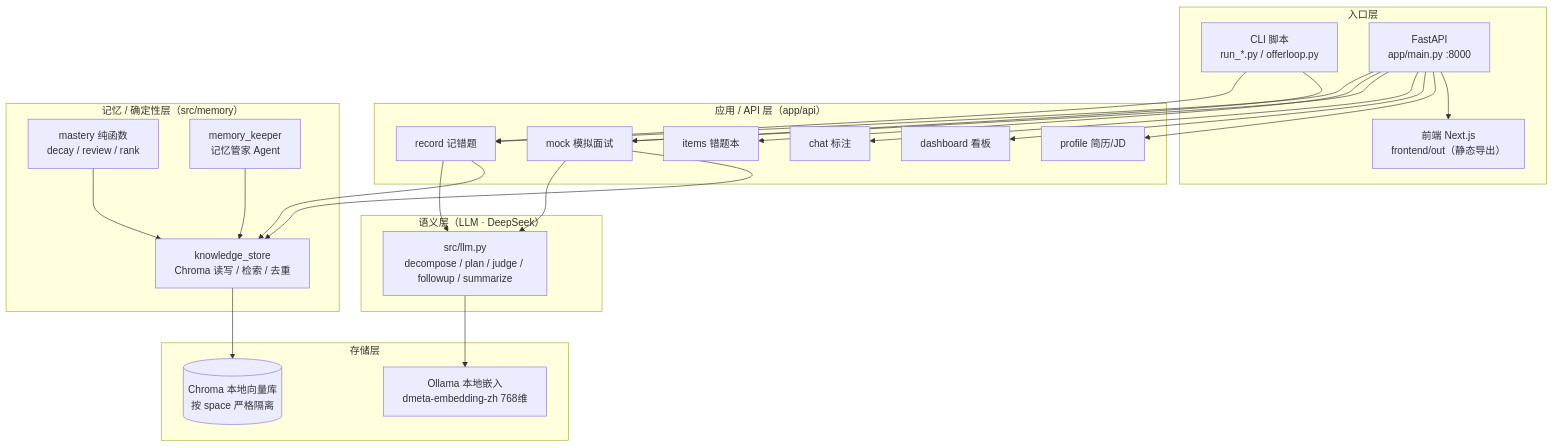
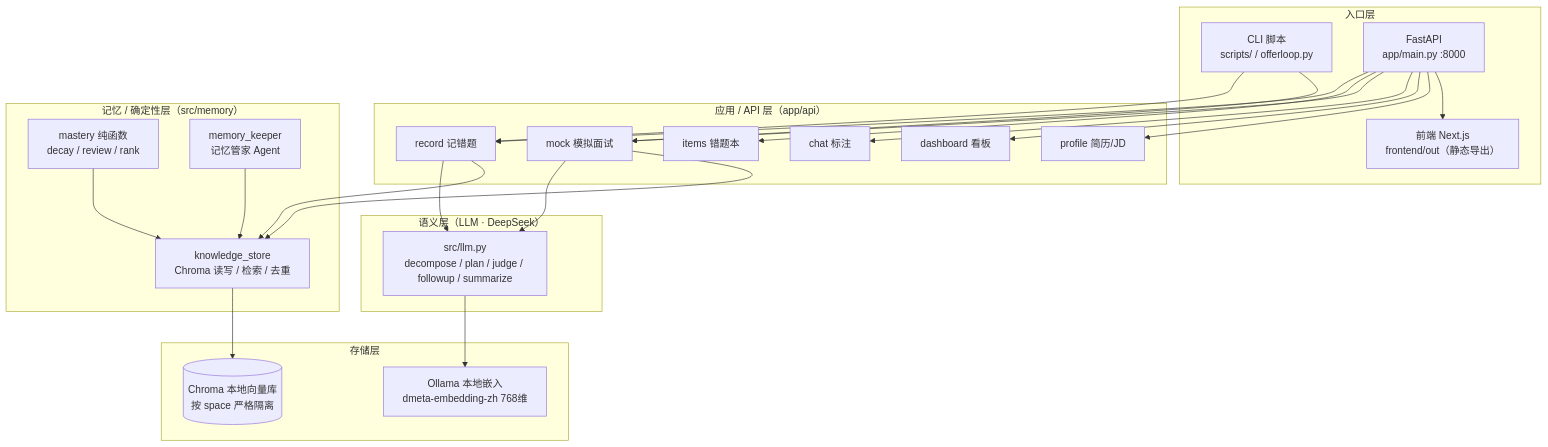
The first of 3 diagrams in README.md (czh051015/interview-memory-agent), drawn with Mermaid before and after one commit. The commit also changed other lines of this file and 22 other files, not shown here.

First line of the commit message:
refactor: 入口脚本收拢到 scripts/ 目录，删除冗余 run_mastery_demo

````diff
--- a/README.md
+++ b/README.md
@@ -188,42 +188,42 @@
 ```mermaid
 flowchart TB
     subgraph 入口层
-        CLI["CLI 脚本<br/>run_*.py / offerloop.py"]
+        CLI["CLI 脚本<br/>scripts/ / offerloop.py"]
         WEB["FastAPI<br/>app/main.py :8000"]
         FE["前端 Next.js<br/>frontend/out（静态导出）"]
     end
 
     subgraph 应用层["应用 / API 层（app/api）"]
         REC["record 记错题"]
         ITEMS["items 错题本"]
         MOCK["mock 模拟面试"]
         CHAT["chat 标注"]
         DASH["dashboard 看板"]
         PROF["profile 简历/JD"]
     end
 
     subgraph 语义层["语义层（LLM · DeepSeek）"]
         LLM["src/llm.py<br/>decompose / plan / judge / followup / summarize"]
     end
 
     subgraph 确定性层["记忆 / 确定性层（src/memory）"]
         MS["mastery 纯函数<br/>decay / review / rank"]
         KS["knowledge_store<br/>Chroma 读写 / 检索 / 去重"]
         MK["memory_keeper<br/>记忆管家 Agent"]
     end
 
     subgraph 存储层["存储层"]
         CHROMA[("Chroma 本地向量库<br/>按 space 严格隔离")]
         OLLAMA["Ollama 本地嵌入<br/>dmeta-embedding-zh 768维"]
     end
 
     CLI --> REC & MOCK
     WEB --> REC & ITEMS & MOCK & CHAT & DASH & PROF
     WEB --> FE
     REC & MOCK --> LLM
     REC & MOCK --> KS
     LLM --> OLLAMA
     KS --> CHROMA
     MS --> KS
     MK --> KS
 ```
````
